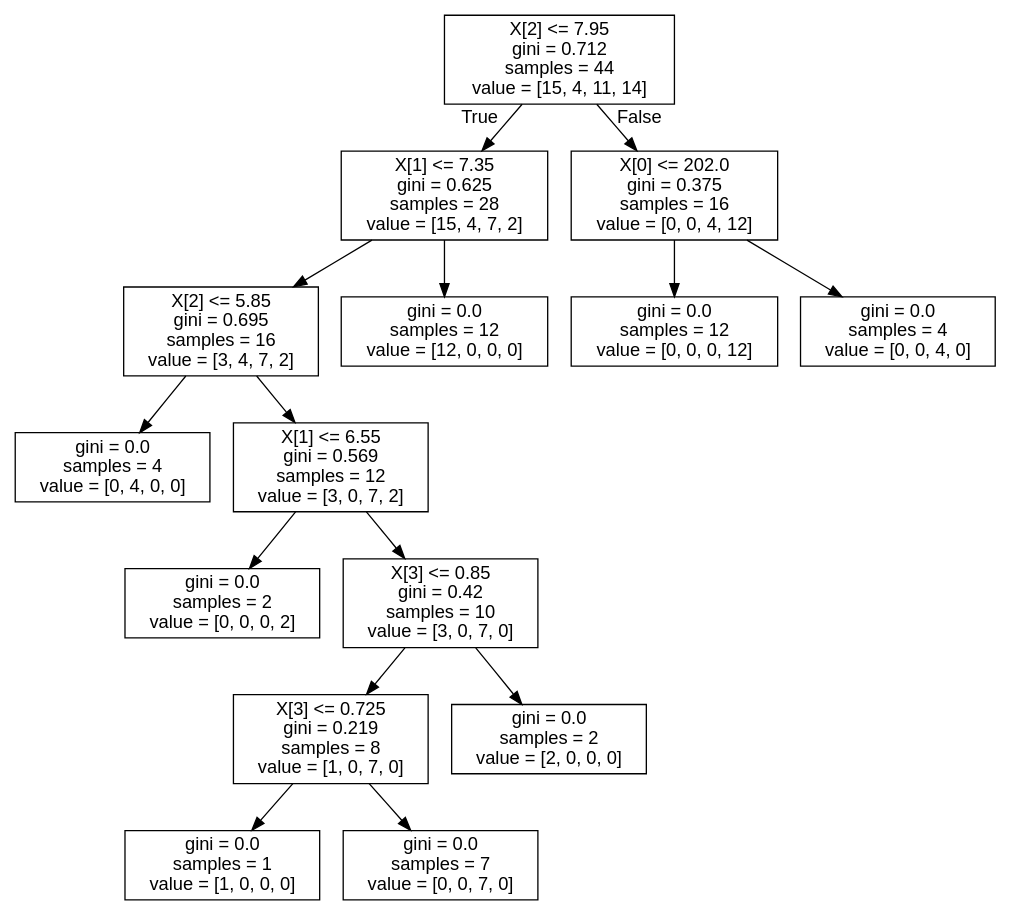
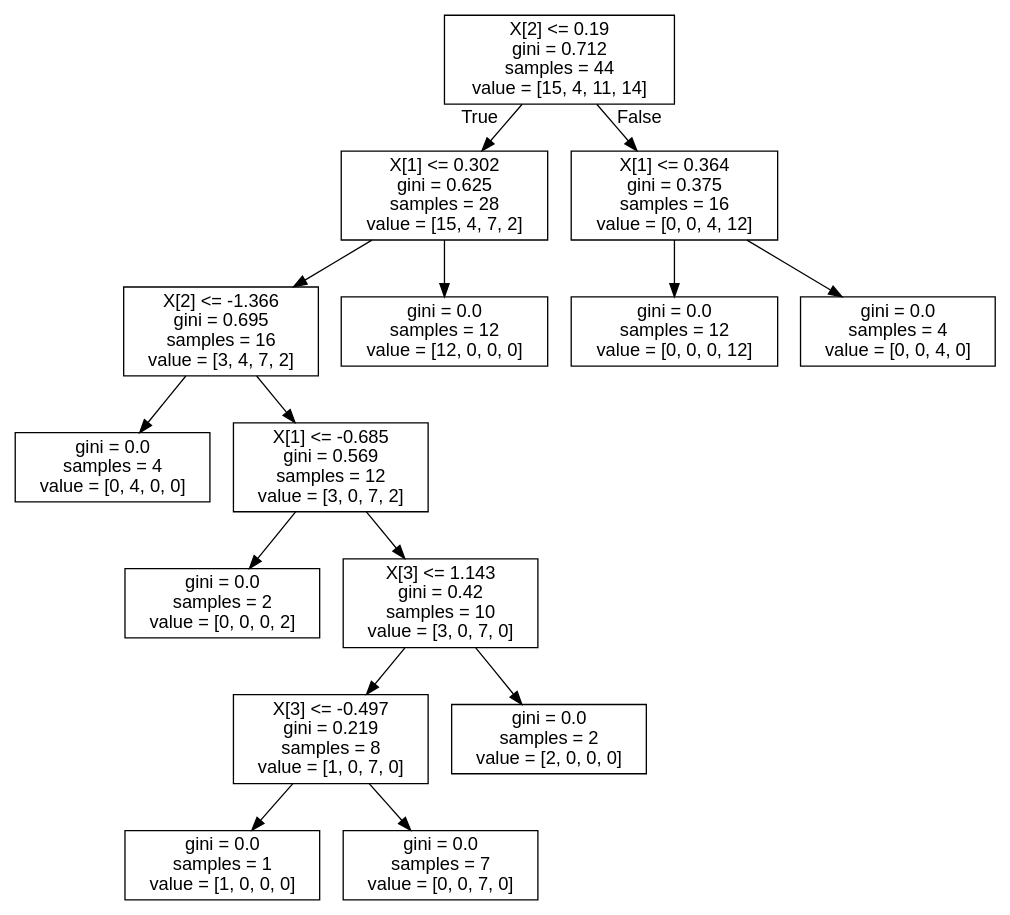
Before and after one commit to Junvildo/FruitsClassification: the diagram in tree.dot, drawn with Graphviz. The commit also changed 10 other files, not shown here.

```diff
--- a/tree.dot
+++ b/tree.dot
@@ -1,33 +1,33 @@
 digraph Tree {
 node [shape=box, fontname="helvetica"] ;
 edge [fontname="helvetica"] ;
-0 [label="X[2] <= 7.95\ngini = 0.712\nsamples = 44\nvalue = [15, 4, 11, 14]"] ;
-1 [label="X[1] <= 7.35\ngini = 0.625\nsamples = 28\nvalue = [15, 4, 7, 2]"] ;
+0 [label="X[2] <= 0.19\ngini = 0.712\nsamples = 44\nvalue = [15, 4, 11, 14]"] ;
+1 [label="X[1] <= 0.302\ngini = 0.625\nsamples = 28\nvalue = [15, 4, 7, 2]"] ;
 0 -> 1 [labeldistance=2.5, labelangle=45, headlabel="True"] ;
-2 [label="X[2] <= 5.85\ngini = 0.695\nsamples = 16\nvalue = [3, 4, 7, 2]"] ;
+2 [label="X[2] <= -1.366\ngini = 0.695\nsamples = 16\nvalue = [3, 4, 7, 2]"] ;
 1 -> 2 ;
 3 [label="gini = 0.0\nsamples = 4\nvalue = [0, 4, 0, 0]"] ;
 2 -> 3 ;
-4 [label="X[1] <= 6.55\ngini = 0.569\nsamples = 12\nvalue = [3, 0, 7, 2]"] ;
+4 [label="X[1] <= -0.685\ngini = 0.569\nsamples = 12\nvalue = [3, 0, 7, 2]"] ;
 2 -> 4 ;
 5 [label="gini = 0.0\nsamples = 2\nvalue = [0, 0, 0, 2]"] ;
 4 -> 5 ;
-6 [label="X[3] <= 0.85\ngini = 0.42\nsamples = 10\nvalue = [3, 0, 7, 0]"] ;
+6 [label="X[3] <= 1.143\ngini = 0.42\nsamples = 10\nvalue = [3, 0, 7, 0]"] ;
 4 -> 6 ;
-7 [label="X[3] <= 0.725\ngini = 0.219\nsamples = 8\nvalue = [1, 0, 7, 0]"] ;
+7 [label="X[3] <= -0.497\ngini = 0.219\nsamples = 8\nvalue = [1, 0, 7, 0]"] ;
 6 -> 7 ;
 8 [label="gini = 0.0\nsamples = 1\nvalue = [1, 0, 0, 0]"] ;
 7 -> 8 ;
 9 [label="gini = 0.0\nsamples = 7\nvalue = [0, 0, 7, 0]"] ;
 7 -> 9 ;
 10 [label="gini = 0.0\nsamples = 2\nvalue = [2, 0, 0, 0]"] ;
 6 -> 10 ;
 11 [label="gini = 0.0\nsamples = 12\nvalue = [12, 0, 0, 0]"] ;
 1 -> 11 ;
-12 [label="X[0] <= 202.0\ngini = 0.375\nsamples = 16\nvalue = [0, 0, 4, 12]"] ;
+12 [label="X[1] <= 0.364\ngini = 0.375\nsamples = 16\nvalue = [0, 0, 4, 12]"] ;
 0 -> 12 [labeldistance=2.5, labelangle=-45, headlabel="False"] ;
 13 [label="gini = 0.0\nsamples = 12\nvalue = [0, 0, 0, 12]"] ;
 12 -> 13 ;
 14 [label="gini = 0.0\nsamples = 4\nvalue = [0, 0, 4, 0]"] ;
 12 -> 14 ;
 }
```
